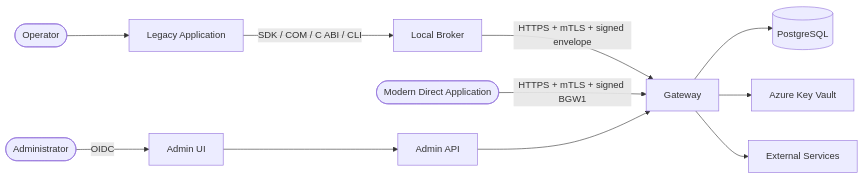
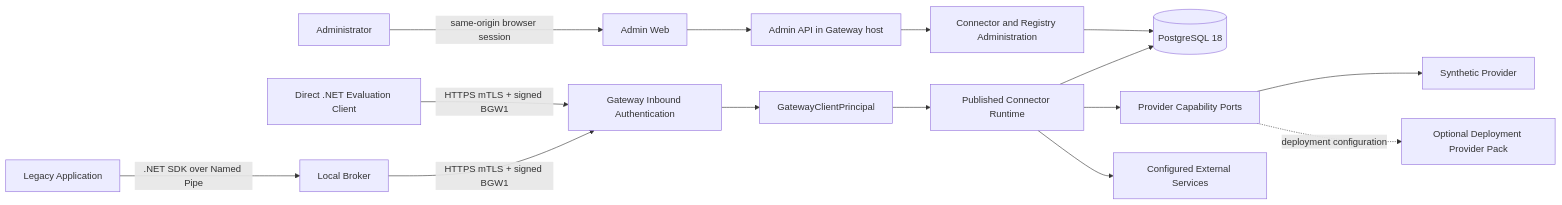
One commit to marcobiz/secure-integration-platform changed the diagram in docs/architecture/system-architecture.md. Above: the diagram before and after it, drawn with Mermaid. The commit also changed other lines of this file and 17 other files, not shown here.

Commit message:
docs(alpha): reconcile architecture security and deployment truth

````diff
--- a/docs/architecture/system-architecture.md
+++ b/docs/architecture/system-architecture.md
@@ -5,13 +16,17 @@
 ```mermaid
 flowchart LR
-  Operator([Operator]) --> Legacy[Legacy Application]
-  Legacy -->|SDK / COM / C ABI / CLI| Broker[Local Broker]
-  Broker -->|HTTPS + mTLS + signed envelope| Gateway[Gateway]
-  Direct([Modern Direct Application]) -->|HTTPS + mTLS + signed BGW1| Gateway
-  Admin([Administrator]) -->|OIDC| UI[Admin UI]
-  UI --> AdminAPI[Admin API]
-  AdminAPI --> Gateway
-  Gateway --> DB[(PostgreSQL)]
-  Gateway --> Vault[Azure Key Vault]
-  Gateway --> External[External Services]
+  Legacy[Legacy Application] -->|.NET SDK over Named Pipe| Broker[Local Broker]
+  Broker -->|HTTPS mTLS + signed BGW1| Inbound[Gateway Inbound Authentication]
+  Direct[Direct .NET Evaluation Client] -->|HTTPS mTLS + signed BGW1| Inbound
+  Inbound --> Principal[GatewayClientPrincipal]
+  Principal --> Runtime[Published Connector Runtime]
+  Admin[Administrator] -->|same-origin browser session| UI[Admin Web]
+  UI --> AdminAPI[Admin API in Gateway host]
+  AdminAPI --> Config[Connector and Registry Administration]
+  Runtime --> DB[(PostgreSQL 18)]
+  Config --> DB
+  Runtime --> Ports[Provider Capability Ports]
+  Ports --> Synthetic[Synthetic Provider]
+  Ports -. deployment configuration .-> Pack[Optional Deployment Provider Pack]
+  Runtime --> External[Configured External Services]
 ```
````
